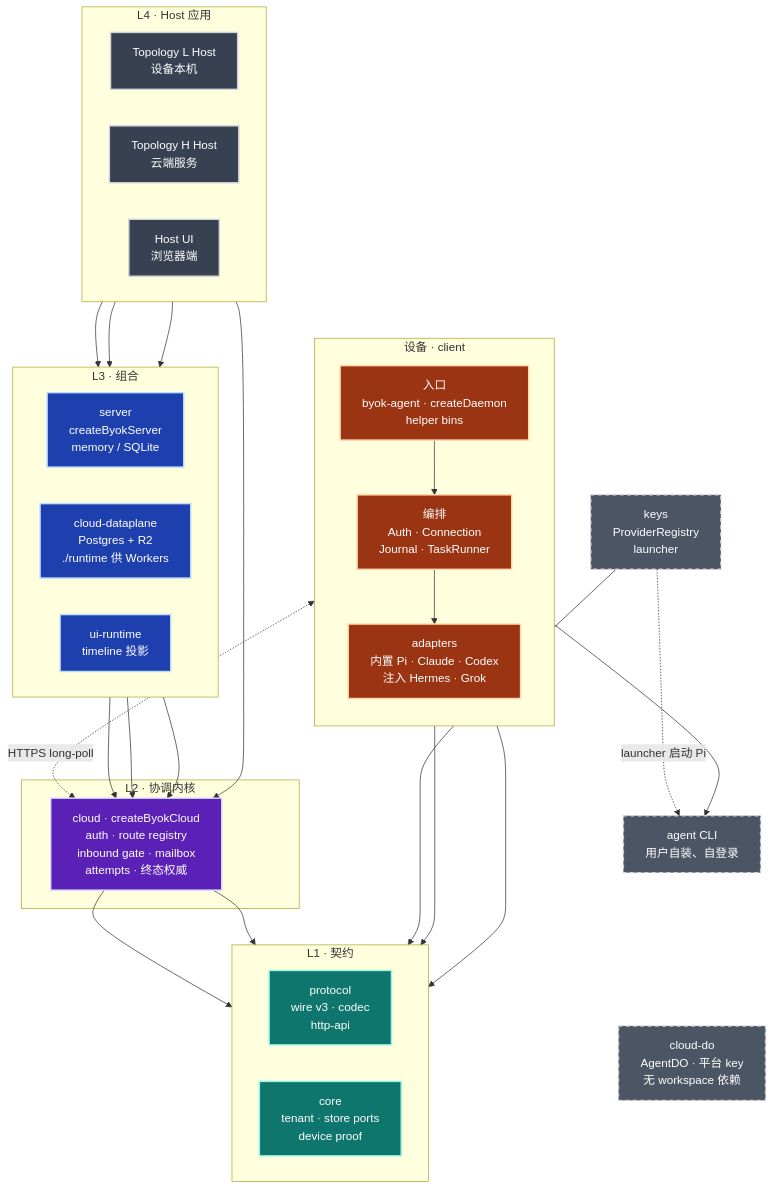
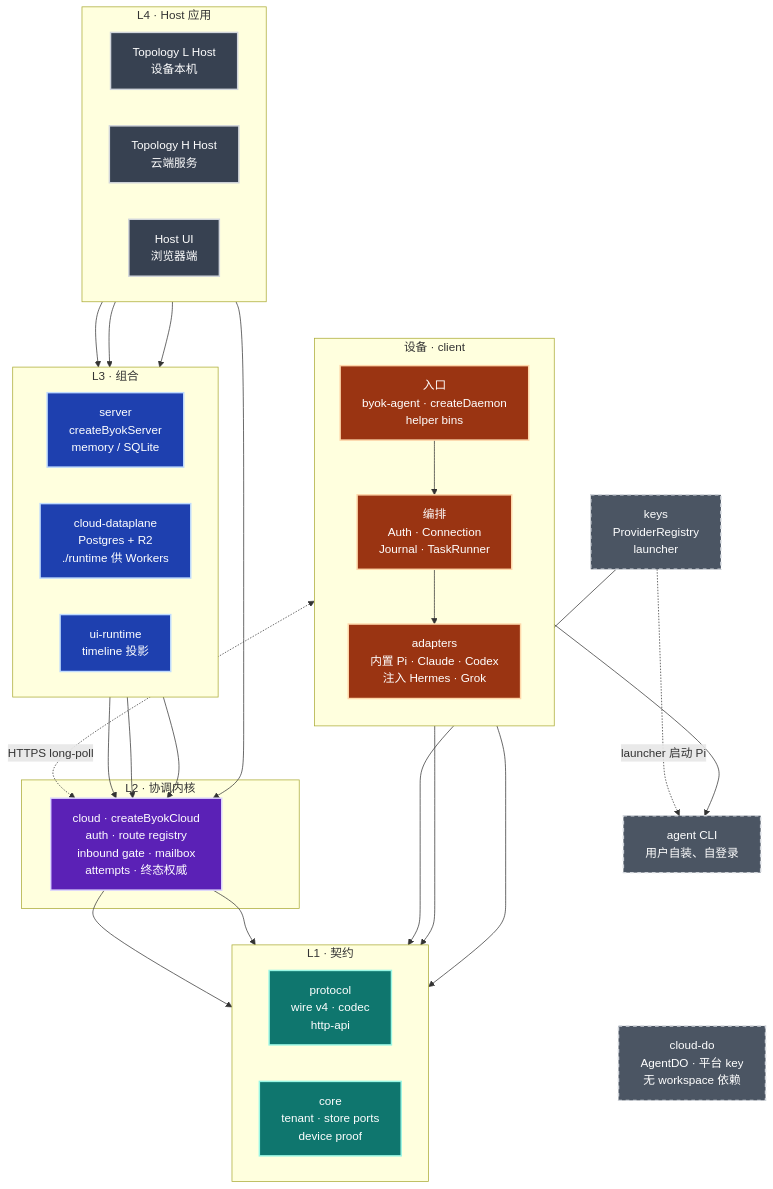
Before and after one commit to Ancienttwo/byok-sdk: the first of 7 diagrams in docs/architecture/system-diagrams.md, drawn with Mermaid. The commit also changed other lines of this file and 430 other files, not shown here.

First line of the commit message:
feat(protocol)!: wire v4 removes the legacy offers, conn.ack and the old approval paths (#925) (#1019)

````diff
--- a/docs/architecture/system-diagrams.md
+++ b/docs/architecture/system-diagrams.md
@@ -13,62 +13,62 @@
 ```mermaid
 flowchart TB
   classDef host fill:#374151,stroke:#d1d5db,stroke-width:2px,color:#fff
   classDef compose fill:#1e40af,stroke:#bfdbfe,stroke-width:2px,color:#fff
   classDef kernel fill:#5b21b6,stroke:#ddd6fe,stroke-width:2px,color:#fff
   classDef contract fill:#0f766e,stroke:#99f6e4,stroke-width:2px,color:#fff
   classDef device fill:#9a3412,stroke:#fed7aa,stroke-width:2px,color:#fff
   classDef side fill:#4b5563,stroke:#d1d5db,stroke-width:2px,color:#fff,stroke-dasharray:5 5
 
   subgraph L4["L4 · Host 应用"]
     direction LR
     HostL["Topology L Host<br/>设备本机"]:::host
     HostH["Topology H Host<br/>云端服务"]:::host
     HostUI["Host UI<br/>浏览器端"]:::host
   end
 
   subgraph L3["L3 · 组合"]
     direction LR
     Server["server<br/>createByokServer<br/>memory / SQLite"]:::compose
     Dataplane["cloud-dataplane<br/>Postgres + R2<br/>./runtime 供 Workers"]:::compose
     UiRuntime["ui-runtime<br/>timeline 投影"]:::compose
   end
 
   subgraph L2["L2 · 协调内核"]
     Cloud["cloud · createByokCloud<br/>auth · route registry<br/>inbound gate · mailbox<br/>attempts · 终态权威"]:::kernel
   end
 
   subgraph L1["L1 · 契约"]
     direction LR
-    Protocol["protocol<br/>wire v3 · codec<br/>http-api"]:::contract
+    Protocol["protocol<br/>wire v4 · codec<br/>http-api"]:::contract
     Core["core<br/>tenant · store ports<br/>device proof"]:::contract
   end
 
   subgraph DEV["设备 · client"]
     direction TB
     DEntry["入口<br/>byok-agent · createDaemon<br/>helper bins"]:::device
     DOrch["编排<br/>Auth · Connection<br/>Journal · TaskRunner"]:::device
     DAdapt["adapters<br/>内置 Pi · Claude · Codex<br/>注入 Hermes · Grok"]:::device
     DEntry --> DOrch --> DAdapt
   end
 
   CLIs["agent CLI<br/>用户自装、自登录"]:::side
   Keys["keys<br/>ProviderRegistry<br/>launcher"]:::side
   CloudDo["cloud-do<br/>AgentDO · 平台 key<br/>无 workspace 依赖"]:::side
 
   HostL --> Server
   HostH --> Cloud
   HostH --> Dataplane
   HostUI --> UiRuntime
   Server --> Cloud
   Dataplane --> Cloud
   UiRuntime --> Cloud
   Cloud --> Protocol
   Cloud --> Core
   DOrch --> Protocol
   DOrch --> Core
   Keys --> Core
   DAdapt --> CLIs
   Keys -.->|"launcher 启动 Pi"| CLIs
   DOrch <-.->|"HTTPS long-poll"| Cloud
   CLIs ~~~ CloudDo
 ```
````
